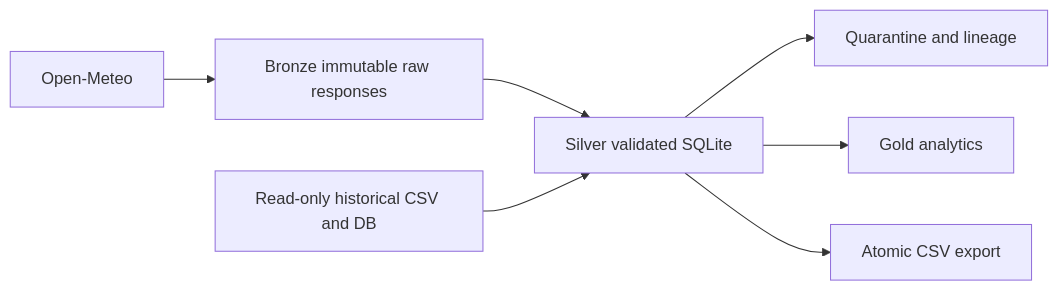
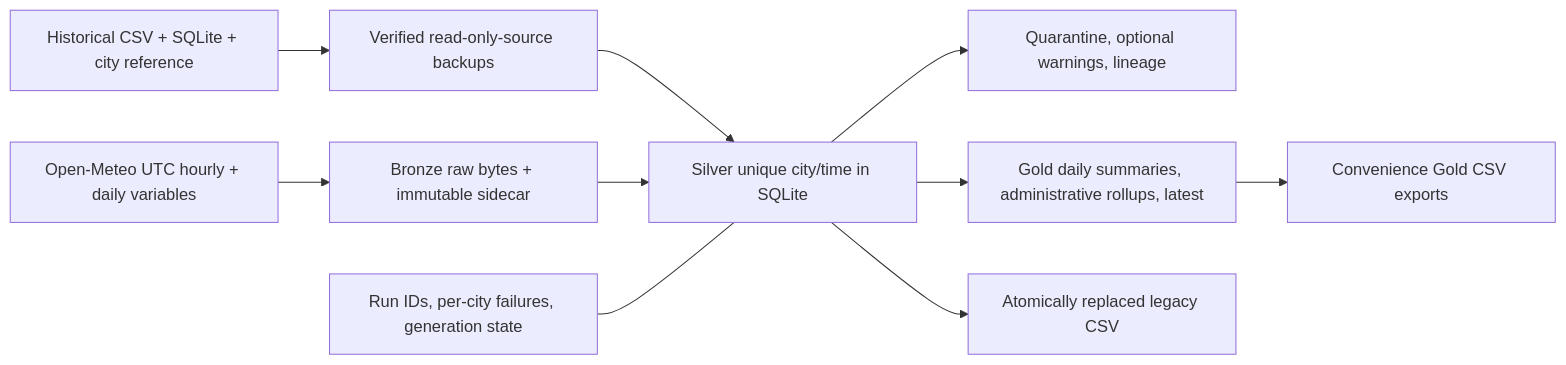
The diagram in docs/architecture.md (vijaysgaike/mh-weather-pipeline), drawn with Mermaid before and after one commit. The commit also changed other lines of this file and 15 other files, not shown here.

````diff
--- a/docs/architecture.md
+++ b/docs/architecture.md
@@ -3,9 +3,12 @@
 ```mermaid
 flowchart LR
-    API[Open-Meteo] --> B[Bronze immutable raw responses]
-    B --> S[Silver validated SQLite]
-    H[Read-only historical CSV and DB] --> S
-    S --> Q[Quarantine and lineage]
-    S --> G[Gold analytics]
-    S --> E[Atomic CSV export]
+    API[Open-Meteo UTC hourly + daily variables] --> B[Bronze raw bytes + immutable sidecar]
+    H[Historical CSV + SQLite + city reference] --> BK[Verified read-only-source backups]
+    BK --> S[Silver unique city/time in SQLite]
+    B --> S
+    S --> Q[Quarantine, optional warnings, lineage]
+    S --> G[Gold daily summaries, administrative rollups, latest]
+    S --> E[Atomically replaced legacy CSV]
+    G --> X[Convenience Gold CSV exports]
+    M[Run IDs, per-city failures, generation state] --- S
 ```
````
